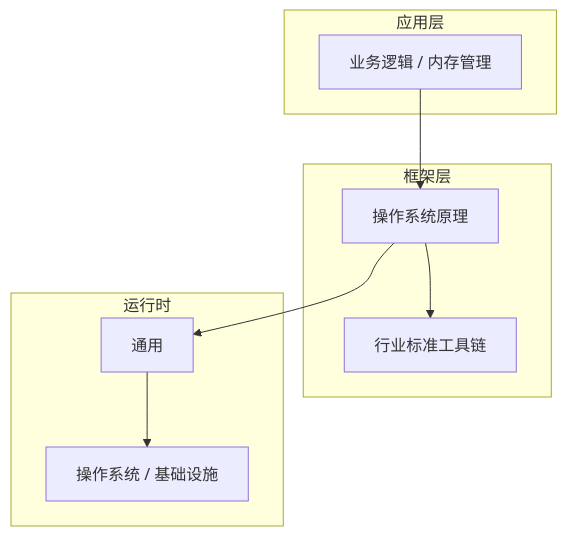
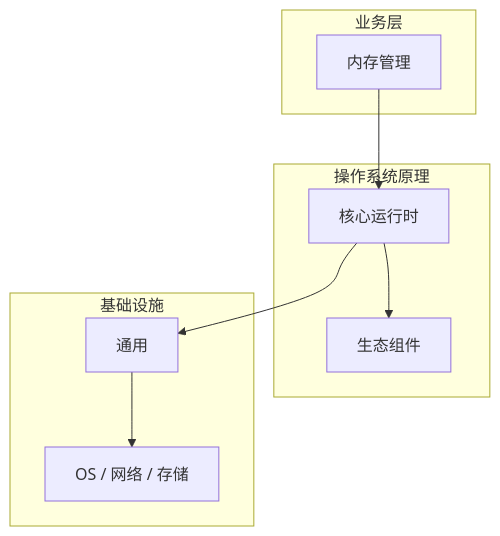
One commit to yanggan2015/knowledge-json-v2 changed the diagram in articles/操作系统原理/chapters/056-内存管理核心概念与原理.md. Above: the diagram before and after it, drawn with Mermaid. The commit also changed other lines of this file and 10127 other files, not shown here.

````diff
--- a/articles/操作系统原理/chapters/056-内存管理核心概念与原理.md
+++ b/articles/操作系统原理/chapters/056-内存管理核心概念与原理.md
@@ -45,18 +34,18 @@
 ```mermaid
 graph TB
-    subgraph 应用层
-        A[业务逻辑 / 内存管理]
+    subgraph 业务层
+        A[内存管理]
     end
-    subgraph 框架层
-        B[操作系统原理]
-        C[行业标准工具链]
+    subgraph 操作系统原理
+        B[核心运行时]
+        C[生态组件]
     end
-    subgraph 运行时
+    subgraph 基础设施
         D[通用]
-        E[操作系统 / 基础设施]
+        E[OS / 网络 / 存储]
     end
     A --> B
     B --> C
     B --> D
     D --> E
 ```
````
